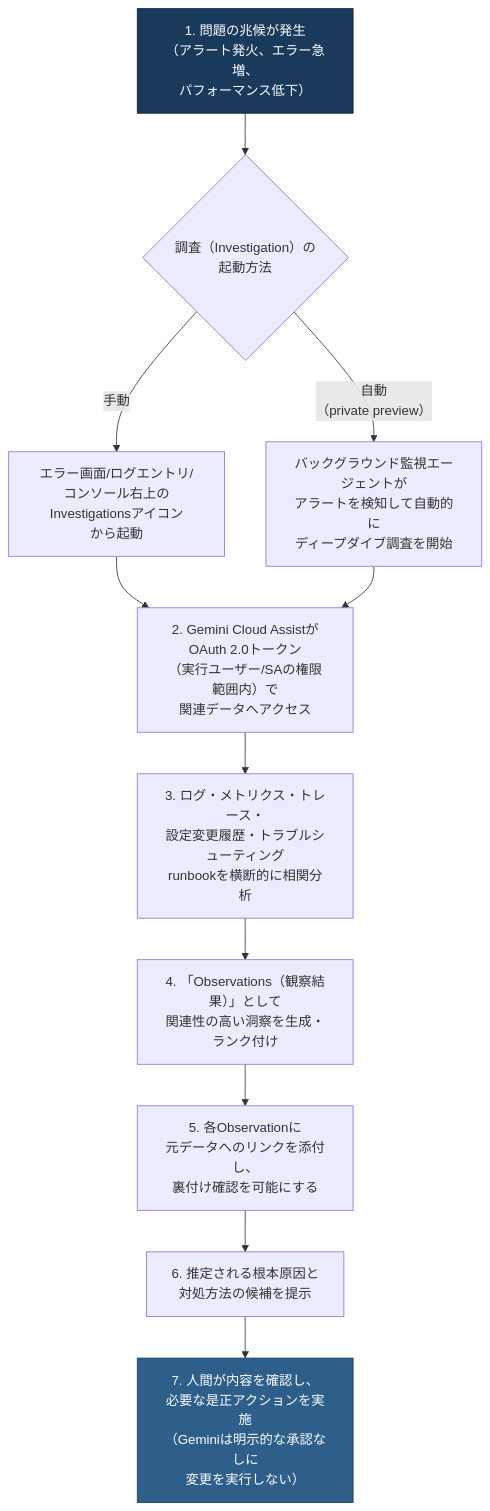
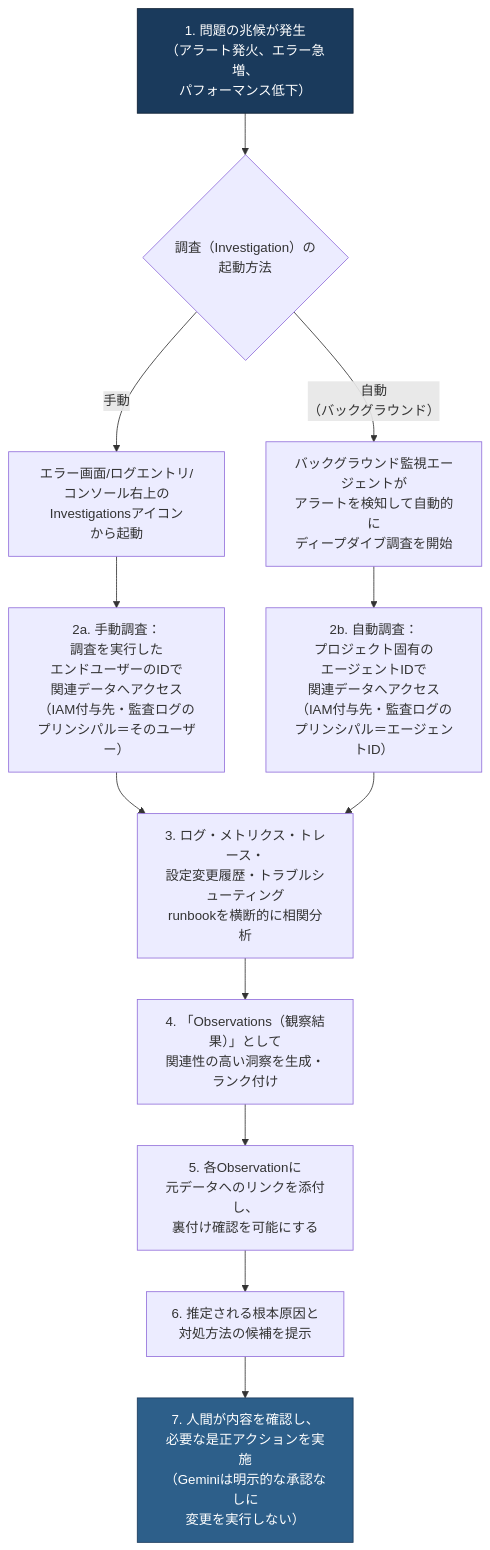
Diagram 15 of 15 in Gcp-professional-cloud-developer-section4.md (myoshi2891/Cloud-Infrastructure-Studies), drawn with Mermaid before and after one commit. The commit also changed other lines of this file and 1 other file, not shown here.

````diff
--- a/Gcp-professional-cloud-developer-section4.md
+++ b/Gcp-professional-cloud-developer-section4.md
@@ -765,16 +768,17 @@
 ```mermaid
 flowchart TD
     A["1. 問題の兆候が発生<br/>（アラート発火、エラー急増、<br/>パフォーマンス低下）"] --> B{"調査（Investigation）の<br/>起動方法"}
     B -->|"手動"| C["エラー画面/ログエントリ/<br/>コンソール右上のInvestigationsアイコン<br/>から起動"]
-    B -->|"自動<br/>（private preview）"| D["バックグラウンド監視エージェントが<br/>アラートを検知して自動的に<br/>ディープダイブ調査を開始"]
-    C --> E["2. Gemini Cloud Assistが<br/>OAuth 2.0トークン<br/>（実行ユーザー/SAの権限範囲内）で<br/>関連データへアクセス"]
-    D --> E
-    E --> F["3. ログ・メトリクス・トレース・<br/>設定変更履歴・トラブルシューティング<br/>runbookを横断的に相関分析"]
+    B -->|"自動<br/>（バックグラウンド）"| D["バックグラウンド監視エージェントが<br/>アラートを検知して自動的に<br/>ディープダイブ調査を開始"]
+    C --> E1["2a. 手動調査：<br/>調査を実行した<br/>エンドユーザーのIDで<br/>関連データへアクセス<br/>（IAM付与先・監査ログの<br/>プリンシパル＝そのユーザー）"]
+    D --> E2["2b. 自動調査：<br/>プロジェクト固有の<br/>エージェントIDで<br/>関連データへアクセス<br/>（IAM付与先・監査ログの<br/>プリンシパル＝エージェントID）"]
+    E1 --> F["3. ログ・メトリクス・トレース・<br/>設定変更履歴・トラブルシューティング<br/>runbookを横断的に相関分析"]
+    E2 --> F
     F --> G["4. 「Observations（観察結果）」として<br/>関連性の高い洞察を生成・ランク付け"]
     G --> H["5. 各Observationに<br/>元データへのリンクを添付し、<br/>裏付け確認を可能にする"]
     H --> I["6. 推定される根本原因と<br/>対処方法の候補を提示"]
     I --> J["7. 人間が内容を確認し、<br/>必要な是正アクションを実施<br/>（Geminiは明示的な承認なしに<br/>変更を実行しない）"]
 
     style A fill:#1a3a5c,stroke:#0d1f33,color:#ffffff
     style J fill:#2d5f8a,stroke:#1a3a5c,color:#ffffff
 ```
````
